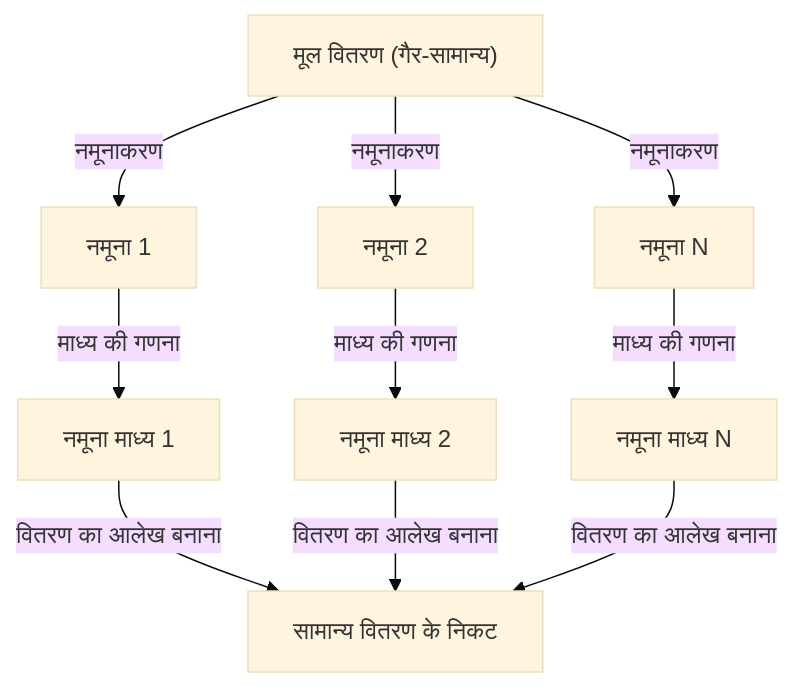
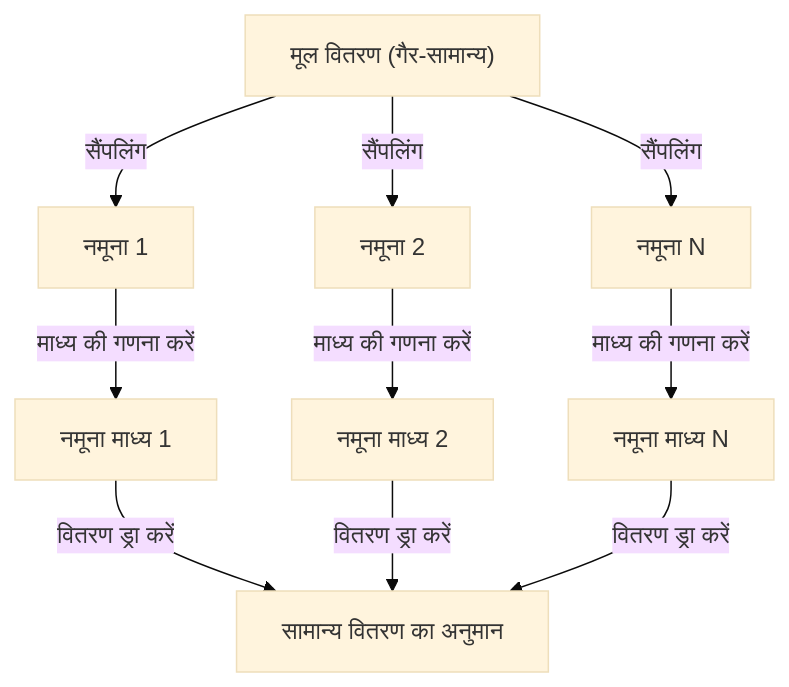
Before and after one commit to kenjinote/blog: the diagram in content/post/central-limit-theorem/index.hi.md, drawn with Mermaid (base theme). The commit also changed other lines of this file and 97 other files, not shown here.

````diff
--- a/content/post/central-limit-theorem/index.hi.md
+++ b/content/post/central-limit-theorem/index.hi.md
@@ -47,12 +43,12 @@
 ```mermaid
 graph TD
-    A["मूल वितरण (गैर-सामान्य)"] -->|"नमूनाकरण"| B["नमूना 1"]
-    A -->|"नमूनाकरण"| C["नमूना 2"]
-    A -->|"नमूनाकरण"| D["नमूना N"]
-    B -->|"माध्य की गणना"| E["नमूना माध्य 1"]
-    C -->|"माध्य की गणना"| F["नमूना माध्य 2"]
-    D -->|"माध्य की गणना"| G["नमूना माध्य N"]
-    E -->|"वितरण का आलेख बनाना"| H["सामान्य वितरण के निकट"]
-    F -->|"वितरण का आलेख बनाना"| H
-    G -->|"वितरण का आलेख बनाना"| H
+    A["मूल वितरण (गैर-सामान्य)"] -->|"सैंपलिंग"| B["नमूना 1"]
+    A -->|"सैंपलिंग"| C["नमूना 2"]
+    A -->|"सैंपलिंग"| D["नमूना N"]
+    B -->|"माध्य की गणना करें"| E["नमूना माध्य 1"]
+    C -->|"माध्य की गणना करें"| F["नमूना माध्य 2"]
+    D -->|"माध्य की गणना करें"| G["नमूना माध्य N"]
+    E -->|"वितरण ड्रा करें"| H["सामान्य वितरण का अनुमान"]
+    F -->|"वितरण ड्रा करें"| H
+    G -->|"वितरण ड्रा करें"| H
 ```
````
